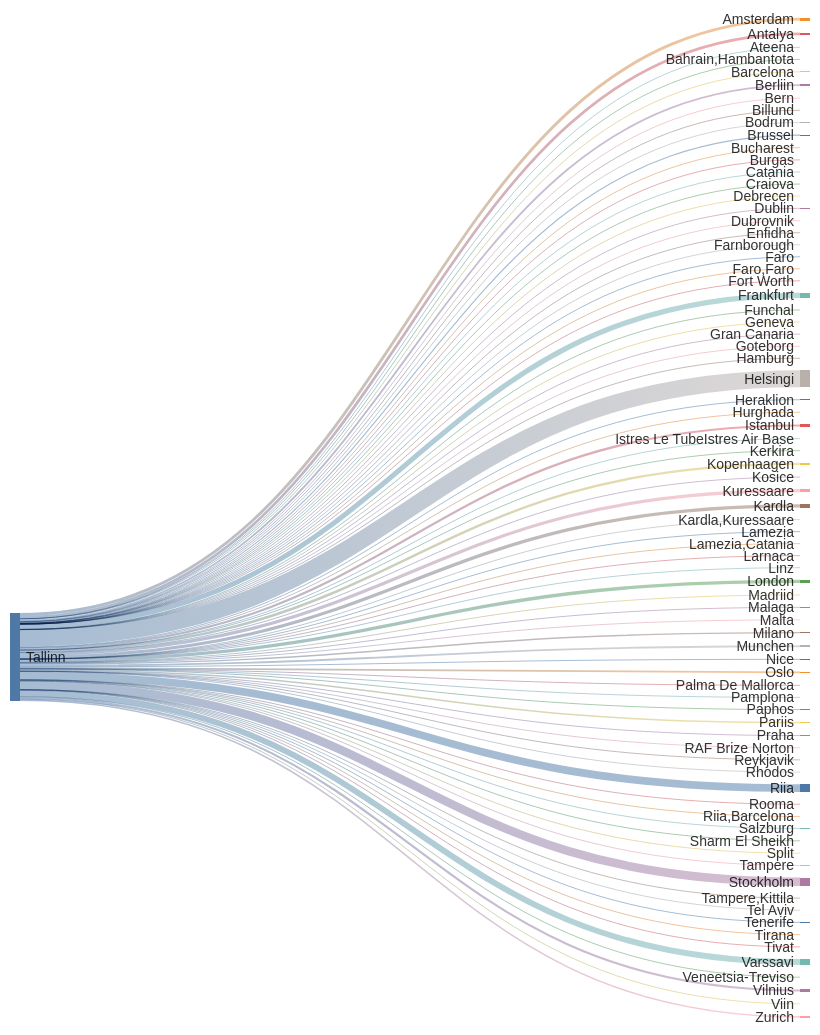
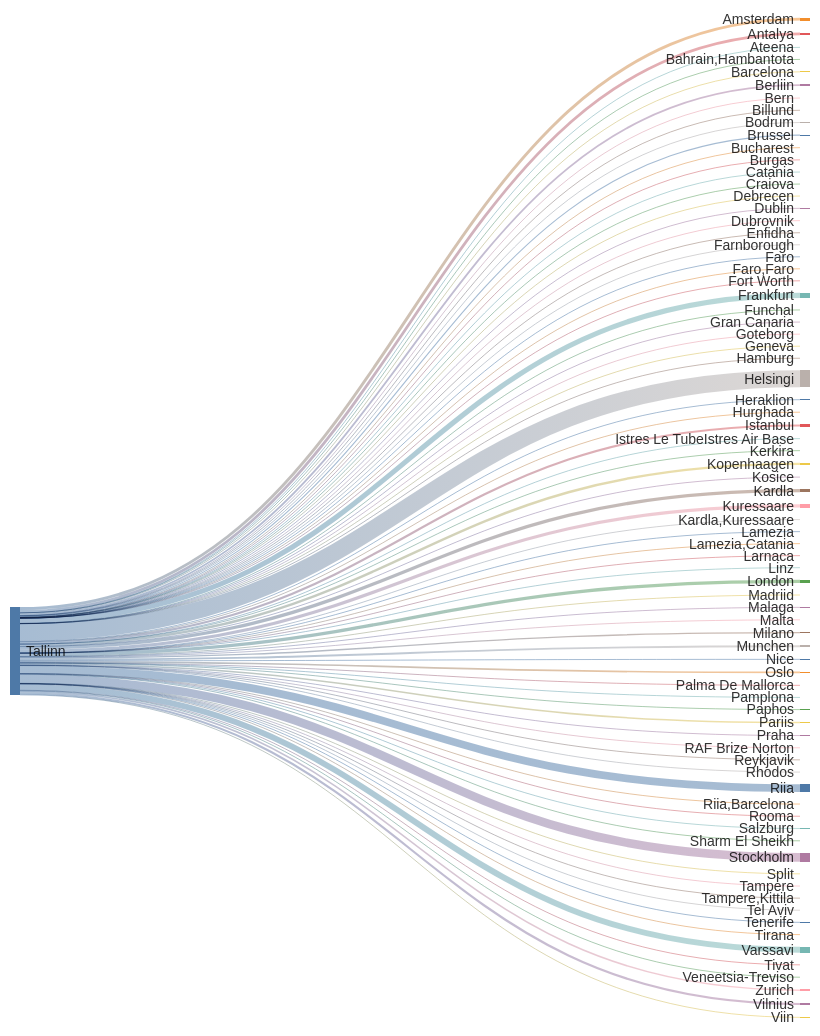
One commit to rainermesi/tll-airport-departures changed the second of 2 diagrams in README.md. Above: the diagram before and after it, drawn with Mermaid. The commit also changed other lines of this file and 1 other file, not shown here.

````diff
--- a/README.md
+++ b/README.md
@@ -41,8 +41,8 @@
 ---
 sankey-beta
 %% source,target,value
-Tallinn,Amsterdam,573
-Tallinn,Antalya,543
+Tallinn,Amsterdam,575
+Tallinn,Antalya,546
 Tallinn,Ateena,16
 Tallinn,"Bahrain,Hambantota",1
 Tallinn,Barcelona,161
@@ -50,48 +50,48 @@
 Tallinn,Bern,1
 Tallinn,Billund,87
 Tallinn,Bodrum,14
-Tallinn,Brussel,220
+Tallinn,Brussel,221
 Tallinn,Bucharest,1
 Tallinn,Burgas,67
 Tallinn,Catania,2
 Tallinn,Craiova,1
 Tallinn,Debrecen,1
-Tallinn,Dublin,107
+Tallinn,Dublin,108
 Tallinn,Dubrovnik,21
 Tallinn,Enfidha,16
 Tallinn,Farnborough,1
 Tallinn,Faro,4
 Tallinn,"Faro,Faro",1
 Tallinn,Fort Worth,1
-Tallinn,Frankfurt,1004
+Tallinn,Frankfurt,1007
 Tallinn,Funchal,8
 Tallinn,Geneva,13
 Tallinn,Gran Canaria,38
 Tallinn,Goteborg,2
 Tallinn,Hamburg,2
-Tallinn,Helsingi,3367
-Tallinn,Heraklion,132
+Tallinn,Helsingi,3376
+Tallinn,Heraklion,133
 Tallinn,Hurghada,76
-Tallinn,Istanbul,437
+Tallinn,Istanbul,438
 Tallinn,Istres Le TubeIstres Air Base,2
 Tallinn,Kerkira,4
-Tallinn,Kopenhaagen,482
+Tallinn,Kopenhaagen,484
 Tallinn,Kosice,1
-Tallinn,Kuressaare,638
-Tallinn,Kardla,640
+Tallinn,Kuressaare,640
+Tallinn,Kardla,642
 Tallinn,"Kardla,Kuressaare",1
-Tallinn,Lamezia,4
+Tallinn,Lamezia,5
 Tallinn,"Lamezia,Catania",3
 Tallinn,Larnaca,7
 Tallinn,Linz,2
-Tallinn,London,650
+Tallinn,London,653
 Tallinn,Madriid,5
-Tallinn,Malaga,138
+Tallinn,Malaga,139
 Tallinn,Malta,35
 Tallinn,Milano,285
-Tallinn,Munchen,359
+Tallinn,Munchen,360
 Tallinn,Nice,65
-Tallinn,Oslo,338
+Tallinn,Oslo,339
 Tallinn,Palma De Mallorca,39
 Tallinn,Pamplona,1
 Tallinn,Paphos,66
@@ -100,24 +100,24 @@
 Tallinn,RAF Brize Norton,1
 Tallinn,Reykjavik,20
 Tallinn,Rhodos,72
-Tallinn,Riia,1529
+Tallinn,Riia,1534
 Tallinn,"Riia,Barcelona",1
 Tallinn,Rooma,80
 Tallinn,Salzburg,14
 Tallinn,Sharm El Sheikh,117
 Tallinn,Split,65
-Tallinn,Stockholm,1685
+Tallinn,Stockholm,1690
 Tallinn,Tampere,17
 Tallinn,"Tampere,Kittila",21
 Tallinn,Tel Aviv,2
 Tallinn,Tenerife,58
 Tallinn,Tirana,42
 Tallinn,Tivat,79
-Tallinn,Varssavi,1167
+Tallinn,Varssavi,1170
 Tallinn,Veneetsia-Treviso,67
 Tallinn,Viin,106
-Tallinn,Vilnius,427
-Tallinn,Zurich,302
+Tallinn,Vilnius,429
+Tallinn,Zurich,303
 
 
 ```
````
